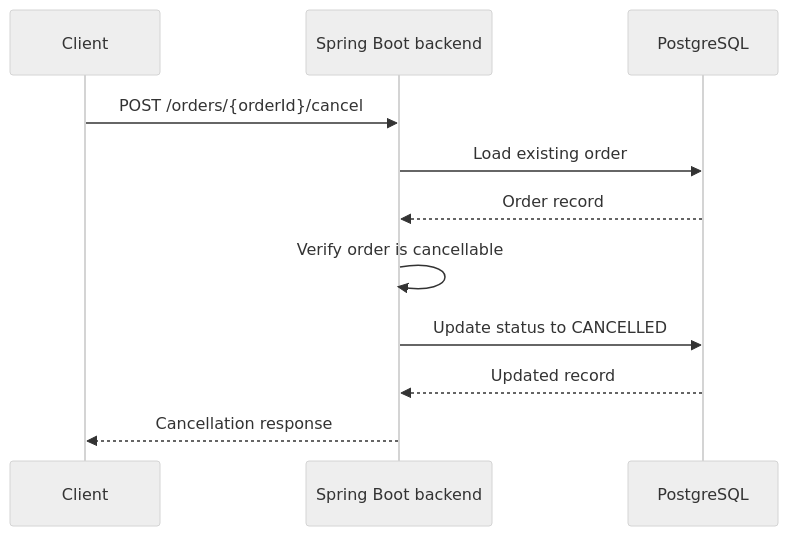
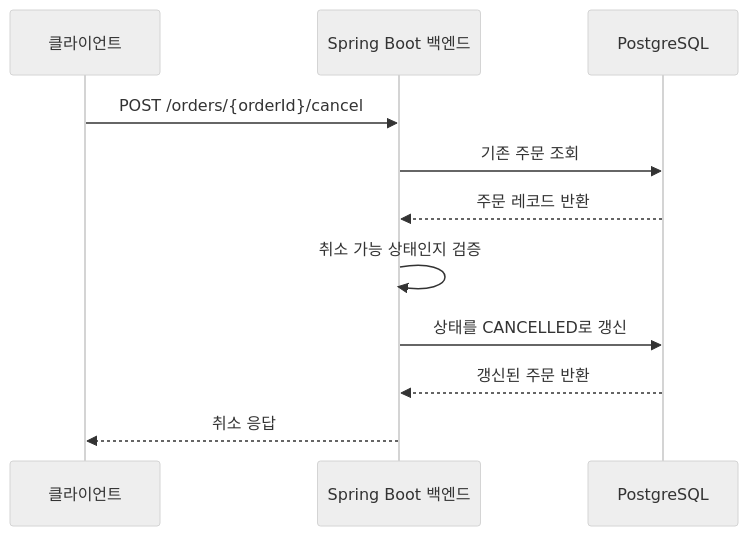
The fourth of 4 diagrams in docs/runtime-lifecycle.md (Bonchang/qerp3), drawn with Mermaid (neutral theme) before and after one commit. The commit also changed other lines of this file and 5 other files, not shown here.

````diff
--- a/docs/runtime-lifecycle.md
+++ b/docs/runtime-lifecycle.md
@@ -120,14 +120,14 @@
 ```mermaid
 sequenceDiagram
-    participant Client
-    participant Backend as Spring Boot backend
+    participant Client as 클라이언트
+    participant Backend as Spring Boot 백엔드
     participant DB as PostgreSQL
 
     Client->>Backend: POST /orders/{orderId}/cancel
-    Backend->>DB: Load existing order
-    DB-->>Backend: Order record
-    Backend->>Backend: Verify order is cancellable
-    Backend->>DB: Update status to CANCELLED
-    DB-->>Backend: Updated record
-    Backend-->>Client: Cancellation response
+    Backend->>DB: 기존 주문 조회
+    DB-->>Backend: 주문 레코드 반환
+    Backend->>Backend: 취소 가능 상태인지 검증
+    Backend->>DB: 상태를 CANCELLED로 갱신
+    DB-->>Backend: 갱신된 주문 반환
+    Backend-->>Client: 취소 응답
 ```
````
